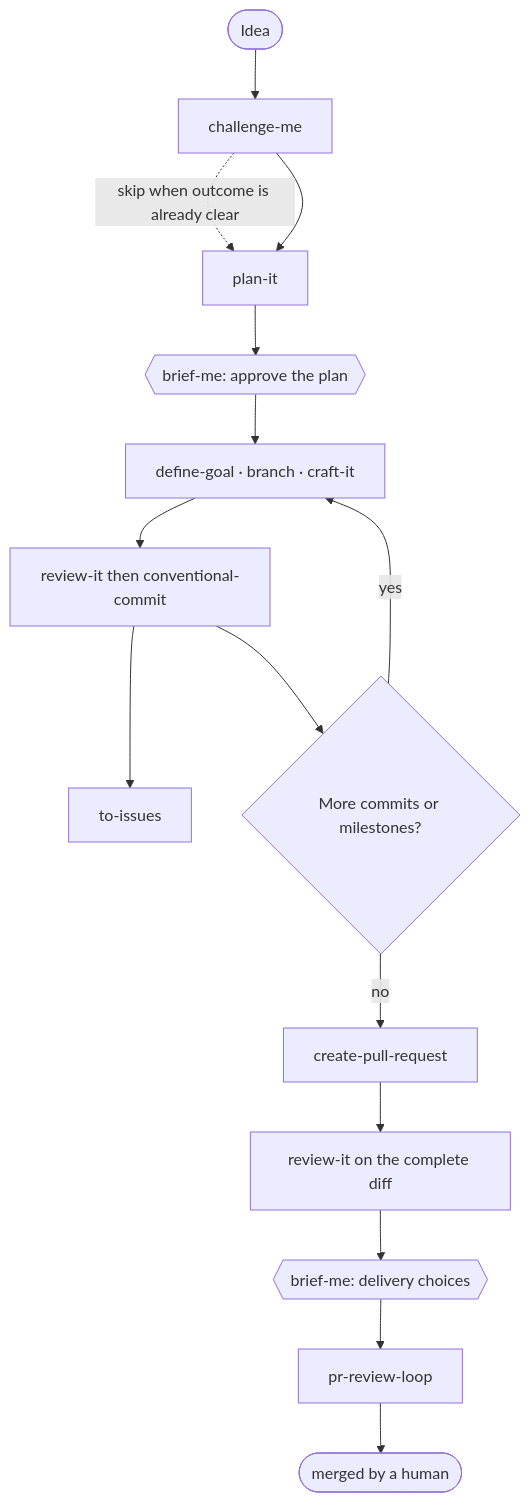
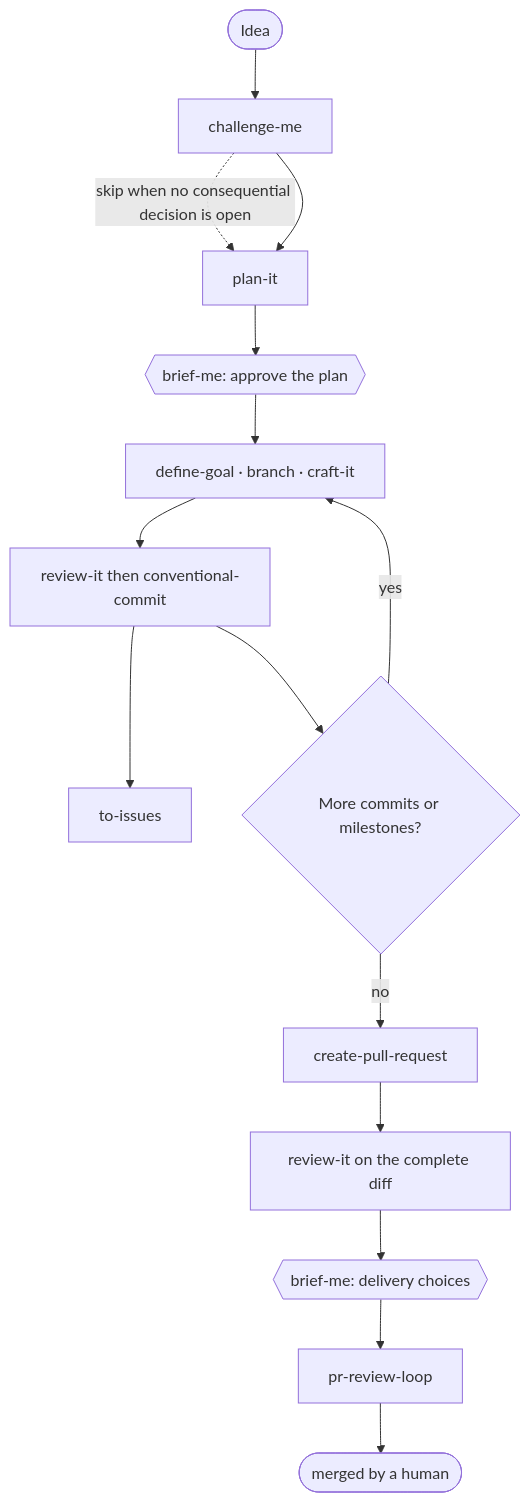
Before and after one commit to typeweaver/skills: the diagram in README.md, drawn with Mermaid. The commit also changed 2 other files, not shown here.

Commit message:
refactor(skills): route drive-it through the Skill tool with defined rules
Name the Skill tool in every route, replace "justified findings" with
review-it's Blocking and Important severities, defer perspective selection to
the ask-* descriptions, and define blocked with the shared sentence from
define-goal. Add the resume test, plan-it's "Done when:" check as the Build
criterion, and the finish-the-task nudge; rewrite the description as the
one-liner a human reads while browsing commands.

````diff
--- a/README.md
+++ b/README.md
@@ -85,17 +85,17 @@
 ```mermaid
 flowchart TD
     idea([Idea]) --> challenge[challenge-me]
-    challenge -.->|skip when outcome is already clear| plan[plan-it]
+    challenge -.->|skip when no consequential decision is open| plan[plan-it]
     challenge --> plan
     plan --> approve{{brief-me: approve the plan}}
     approve --> build["define-goal · branch · craft-it"]
     build --> reviewCommit["review-it then conventional-commit"]
     reviewCommit --> followups[to-issues]
     reviewCommit --> more{More commits or milestones?}
     more -->|yes| build
     more -->|no| pr[create-pull-request]
     pr --> reviewPr["review-it on the complete diff"]
     reviewPr --> deliver{{brief-me: delivery choices}}
     deliver --> loop[pr-review-loop]
     loop --> merged([merged by a human])
 ```
````
